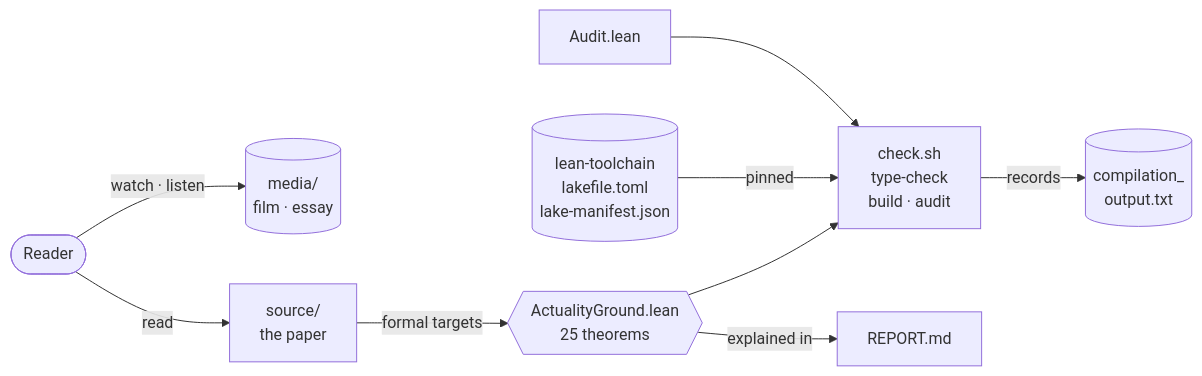
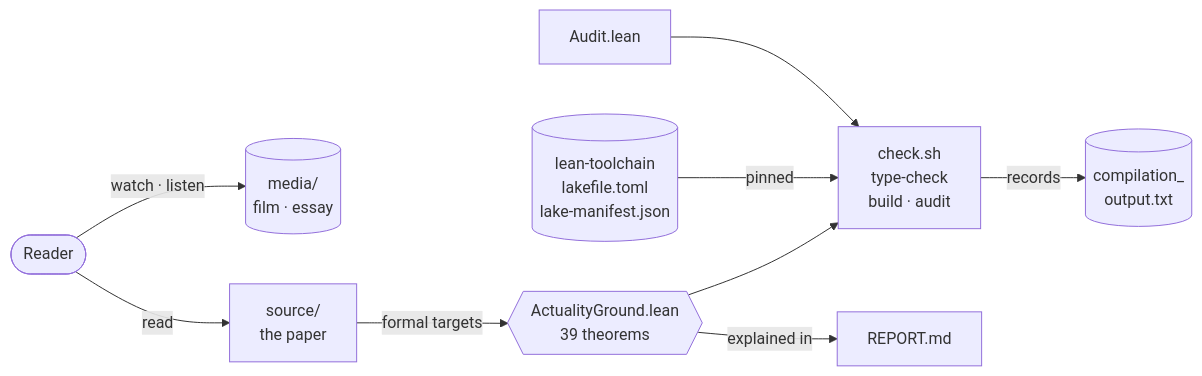
The fourth of 6 diagrams in README.md (ekoshv/actuality-and-necessary-ground-lean4), drawn with Mermaid before and after one commit. The commit also changed other lines of this file and 11 other files, not shown here.

````diff
--- a/README.md
+++ b/README.md
@@ -224,11 +270,11 @@
 ```mermaid
 flowchart LR
     Reader([Reader]) -->|"watch · listen"| Media[("media/<br/>film · essay")]
     Reader -->|read| Paper["source/<br/>the paper"]
-    Paper -->|"formal targets"| Lean{{"ActualityGround.lean<br/>25 theorems"}}
+    Paper -->|"formal targets"| Lean{{"ActualityGround.lean<br/>39 theorems"}}
     Lean --> Check["check.sh<br/>type-check<br/>build · audit"]
     Pins[("lean-toolchain<br/>lakefile.toml<br/>lake-manifest.json")] -->|pinned| Check
     Audit["Audit.lean"] --> Check
     Check -->|records| Log[("compilation_<br/>output.txt")]
     Lean -->|"explained in"| Report["REPORT.md"]
 ```
````
